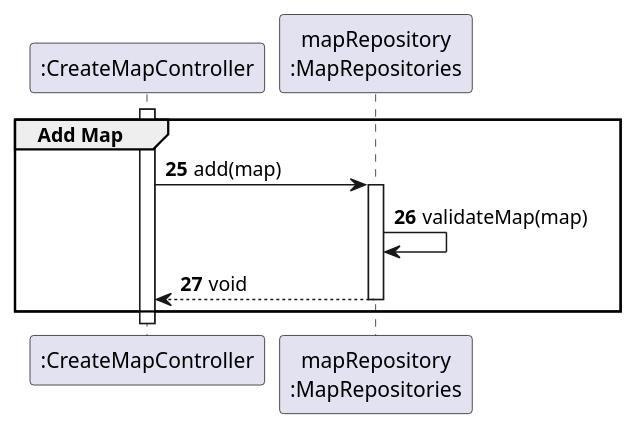
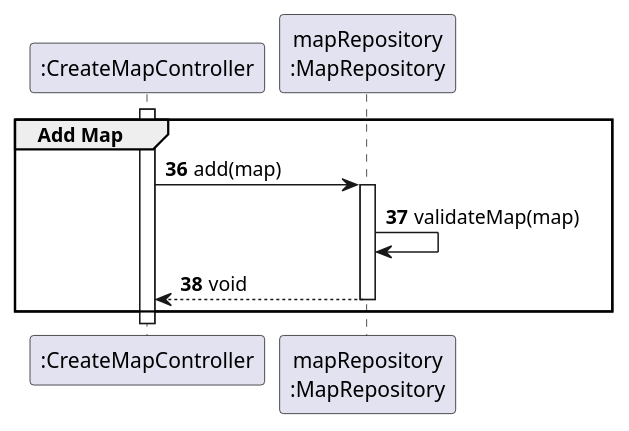
One commit to ivasduarte/all-aboard changed the diagram in docs/sprint3/us001/03.design/puml/us001-sd-partial-add-map.puml. Above: the diagram before and after it, drawn with PlantUML. The commit also changed 11 other files, not shown here.

```diff
--- a/docs/sprint3/us001/03.design/puml/us001-sd-partial-add-map.puml
+++ b/docs/sprint3/us001/03.design/puml/us001-sd-partial-add-map.puml
@@ -1,18 +1,18 @@
 @startuml
+autonumber 36
 
 participant ":CreateMapController" as ctrl
-participant "mapRepository\n:MapRepositories" as repo
-
-autonumber 25
+participant "mapRepository\n:MapRepository" as repo
 
 activate ctrl
+
 group Add Map
     ctrl -> repo : add(map)
     activate repo
 
     repo -> repo : validateMap(map)
     repo --> ctrl : void
     deactivate repo
 end
 
 @enduml
```
